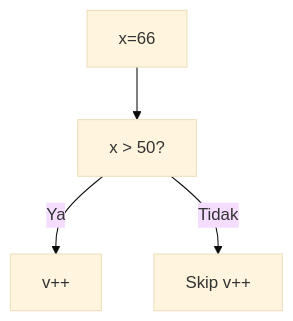
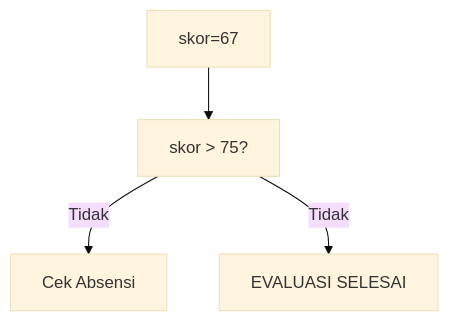
Before and after one commit to amnahwaida/OSNK_INF_PREP: the fourth of 25 diagrams in part-c-pemahaman-cpp/02-percabangan/latihan/set-03.md, drawn with Mermaid (base theme). The commit also changed other lines of this file and 71 other files, not shown here.

````diff
--- a/part-c-pemahaman-cpp/02-percabangan/latihan/set-03.md
+++ b/part-c-pemahaman-cpp/02-percabangan/latihan/set-03.md
@@ -106,6 +111,6 @@
 ```mermaid
 graph TD
-A["x=66"] --> B["x > 50?"]
-B -- Ya --> C["v++"]
-B -- Tidak --> D["Skip v++"]
+A["skor=67"] --> B["skor > 75?"]
+B -- Tidak --> C["Cek Absensi"]
+B -- Tidak --> D["EVALUASI SELESAI"]
 ```
````
